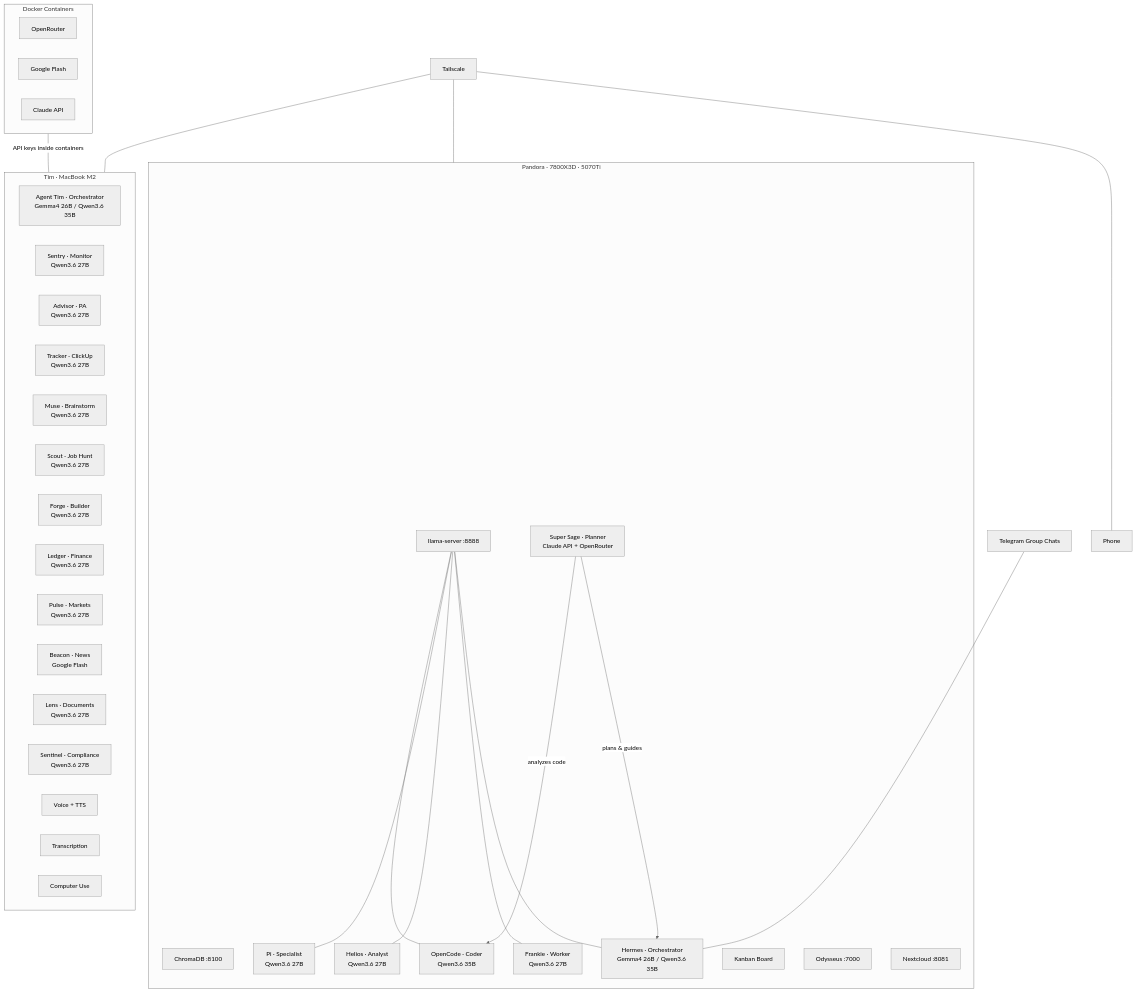
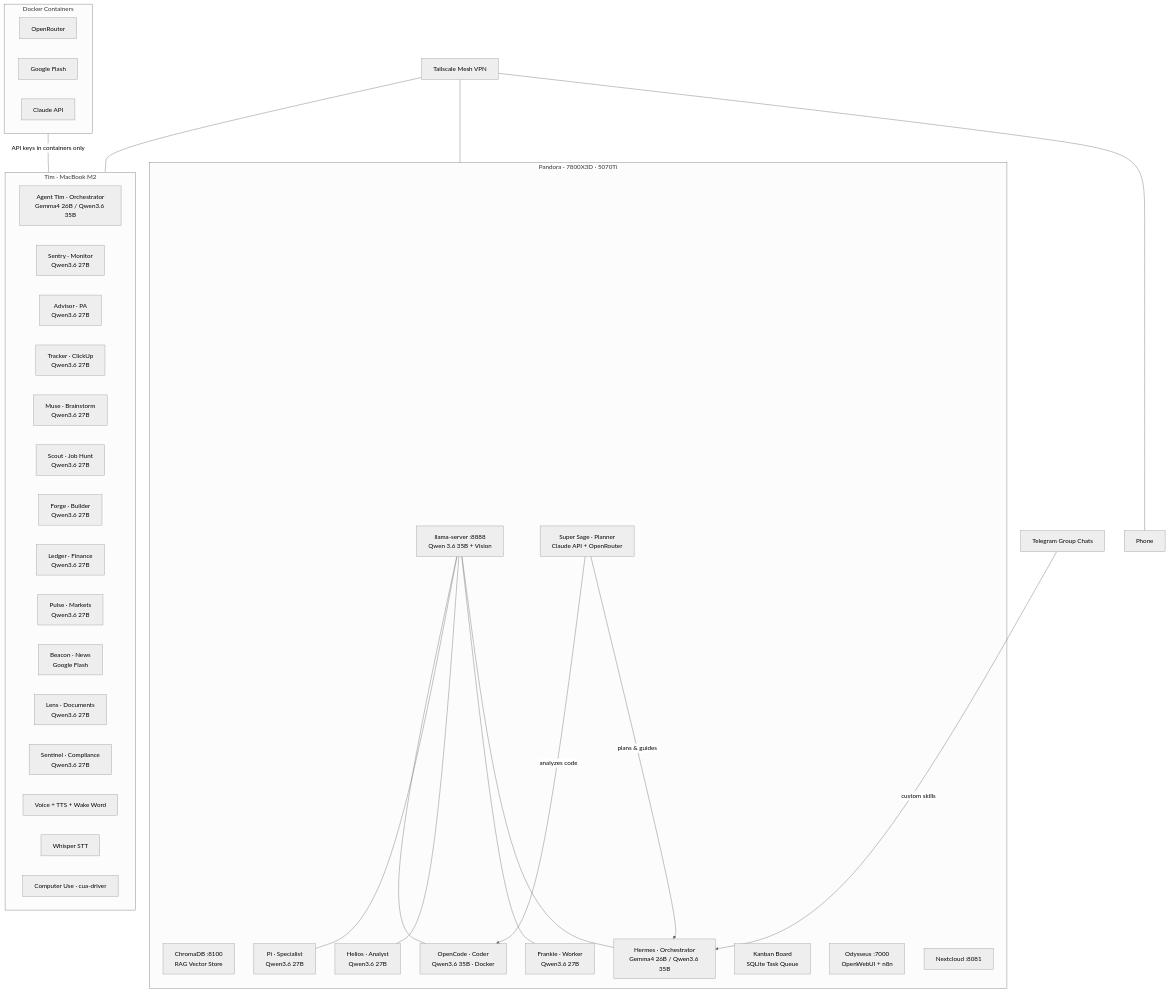
Before and after one commit to stopabidi/ai-architecture: the diagram in JOURNEY.md, drawn with Mermaid (neutral theme). The commit also changed other lines of this file and 1 other file, not shown here.

````diff
--- a/JOURNEY.md
+++ b/JOURNEY.md
@@ -173,50 +175,50 @@
 ```mermaid
 graph TB
     subgraph P[Pandora · 7800X3D · 5070Ti]
-        LLM[llama-server :8888]
-        VEC[ChromaDB :8100]
+        LLM[llama-server :8888<br>Qwen 3.6 35B + Vision]
+        VEC[ChromaDB :8100<br>RAG Vector Store]
         H[Hermes · Orchestrator<br>Gemma4 26B / Qwen3.6 35B]
         F[Frankie · Worker<br>Qwen3.6 27B]
         HE[Helios · Analyst<br>Qwen3.6 27B]
         PI[Pi · Specialist<br>Qwen3.6 27B]
-        OC[OpenCode · Coder<br>Qwen3.6 35B]
+        OC[OpenCode · Coder<br>Qwen3.6 35B · Docker]
         SS[Super Sage · Planner<br>Claude API + OpenRouter]
-        KB[Kanban Board]
-        OD[Odysseus :7000]
+        KB[Kanban Board<br>SQLite Task Queue]
+        OD[Odysseus :7000<br>OpenWebUI + n8n]
         NC[Nextcloud :8081]
     end
     subgraph T[Tim · MacBook M2]
         AT[Agent Tim · Orchestrator<br>Gemma4 26B / Qwen3.6 35B]
         SN[Sentry · Monitor<br>Qwen3.6 27B]
         AD[Advisor · PA<br>Qwen3.6 27B]
         TK[Tracker · ClickUp<br>Qwen3.6 27B]
         MU[Muse · Brainstorm<br>Qwen3.6 27B]
         SC[Scout · Job Hunt<br>Qwen3.6 27B]
         FO[Forge · Builder<br>Qwen3.6 27B]
         LG[Ledger · Finance<br>Qwen3.6 27B]
         PL[Pulse · Markets<br>Qwen3.6 27B]
         BC[Beacon · News<br>Google Flash]
         LN[Lens · Documents<br>Qwen3.6 27B]
         SE[Sentinel · Compliance<br>Qwen3.6 27B]
-        VO[Voice + TTS]
-        TR[Transcription]
-        CU[Computer Use]
+        VO[Voice + TTS + Wake Word]
+        TR[Whisper STT]
+        CU[Computer Use · cua-driver]
     end
     subgraph D[Docker Containers]
         OR[OpenRouter]
         GF[Google Flash]
         CA[Claude API]
     end
-    TG[Telegram Group Chats] --- H
-    TS[Tailscale] --- P
+    TG[Telegram Group Chats] -->|custom skills| H
+    TS[Tailscale Mesh VPN] --- P
     TS --- T
     TS --- Phone
     LLM --- H
     LLM --- F
     LLM --- HE
     LLM --- PI
     LLM --- OC
     SS -->|plans & guides| H
     SS -->|analyzes code| OC
-    D ---|API keys inside containers| T
+    D ---|API keys in containers only| T
 ```
````
